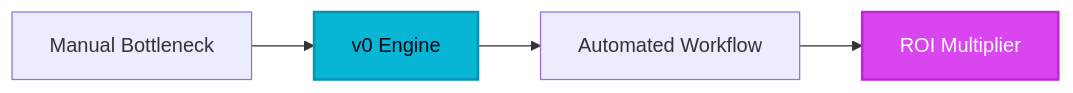
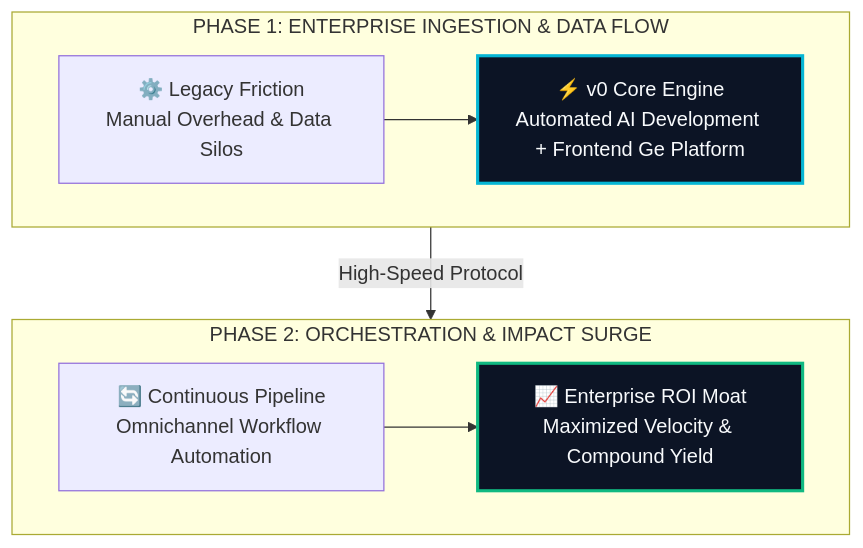
Before and after one commit to heliatech-media/saas-radar: the diagram in site/src/content/blog/v0-evolution-guide-2026.md, drawn with Mermaid. The commit also changed 97 other files, not shown here.

First line of the commit message:
feat(diagrams): upgrade all article architecture schemas to high-impact 2-tier responsive vector blueprints

````diff
--- a/site/src/content/blog/v0-evolution-guide-2026.md
+++ b/site/src/content/blog/v0-evolution-guide-2026.md
@@ -52,8 +52,14 @@
 ```mermaid
-flowchart LR
-    A[Manual Bottleneck] --> B[v0 Engine]
-    B --> C[Automated Workflow]
-    C --> D[ROI Multiplier]
-    style B fill:#06b6d4,stroke:#0891b2,stroke-width:2px,color:#030712
-    style D fill:#d946ef,stroke:#c026d3,stroke-width:2px,color:#ffffff
+flowchart TD
+    subgraph S1["PHASE 1: ENTERPRISE INGESTION & DATA FLOW"]
+        direction LR
+        A["⚙️ Legacy Friction<br/>Manual Overhead & Data Silos"] --> B["⚡ v0 Core Engine<br/>Automated AI Development + Frontend Ge Platform"]
+    end
+    subgraph S2["PHASE 2: ORCHESTRATION & IMPACT SURGE"]
+        direction LR
+        C["🔄 Continuous Pipeline<br/>Omnichannel Workflow Automation"] --> D["📈 Enterprise ROI Moat<br/>Maximized Velocity & Compound Yield"]
+    end
+    S1 -->|High-Speed Protocol| S2
+    style B fill:#0c1425,stroke:#06b6d4,stroke-width:2.5px,color:#f8fafc
+    style D fill:#0c1425,stroke:#10b981,stroke-width:2.5px,color:#f8fafc
 ```
````
